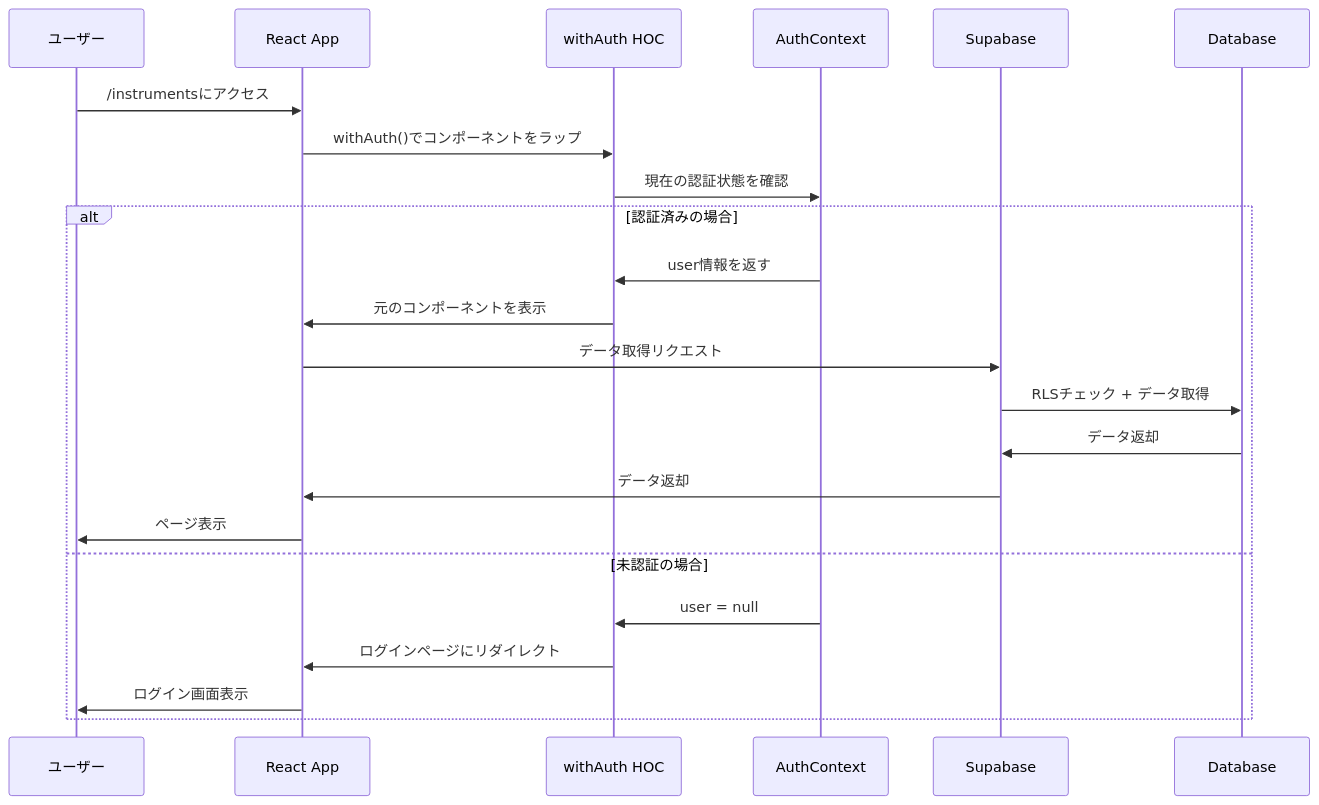
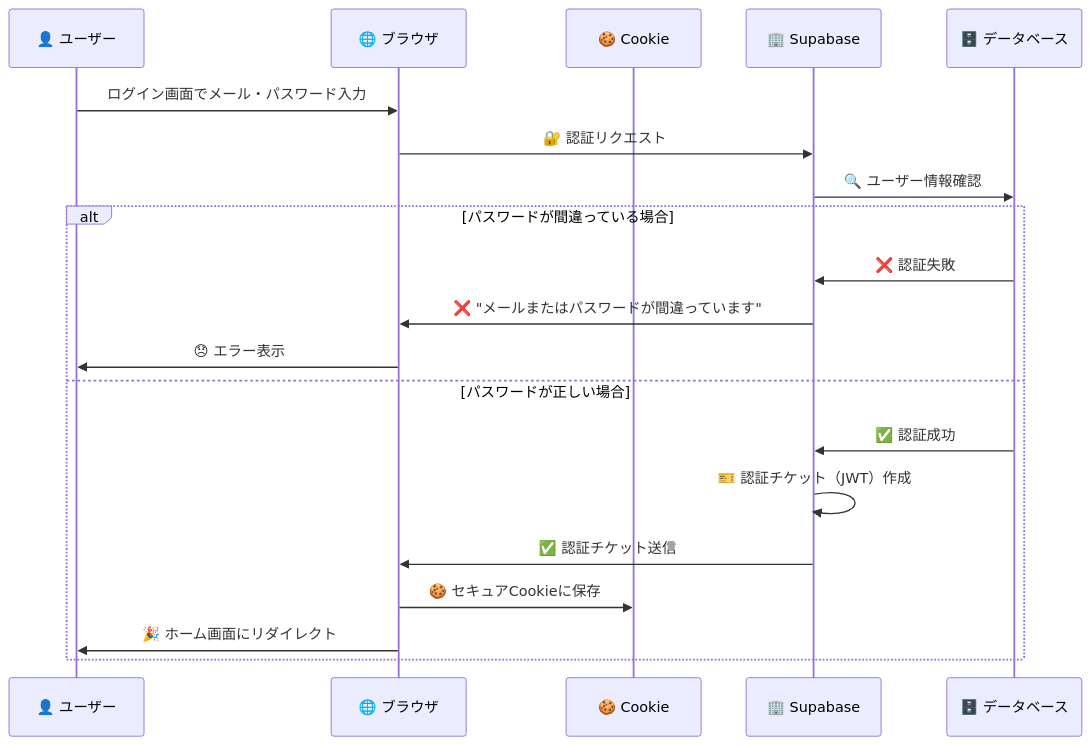
Before and after one commit to stopod/bucket-list-app: the second of 4 diagrams in docs/authentication-guide.md, drawn with Mermaid. The commit also changed other lines of this file, not shown here.

````diff
--- a/docs/authentication-guide.md
+++ b/docs/authentication-guide.md
@@ -165,27 +205,24 @@
 ```mermaid
 sequenceDiagram
-    participant U as ユーザー
-    participant R as React App
-    participant HOC as withAuth HOC
-    participant AC as AuthContext
-    participant S as Supabase
-    participant DB as Database
+    participant U as 👤 ユーザー
+    participant B as 🌐 ブラウザ
+    participant C as 🍪 Cookie
+    participant S as 🏢 Supabase
+    participant D as 🗄️ データベース
 
-    U->>R: /instrumentsにアクセス
-    R->>HOC: withAuth()でコンポーネントをラップ
-    HOC->>AC: 現在の認証状態を確認
+    U->>B: ログイン画面でメール・パスワード入力
+    B->>S: 🔐 認証リクエスト
+    S->>D: 🔍 ユーザー情報確認
     
-    alt 認証済みの場合
-        AC->>HOC: user情報を返す
-        HOC->>R: 元のコンポーネントを表示
-        R->>S: データ取得リクエスト
-        S->>DB: RLSチェック + データ取得
-        DB->>S: データ返却
-        S->>R: データ返却
-        R->>U: ページ表示
-    else 未認証の場合
-        AC->>HOC: user = null
-        HOC->>R: ログインページにリダイレクト
-        R->>U: ログイン画面表示
+    alt パスワードが間違っている場合
+        D->>S: ❌ 認証失敗
+        S->>B: ❌ "メールまたはパスワードが間違っています"
+        B->>U: 😞 エラー表示
+    else パスワードが正しい場合
+        D->>S: ✅ 認証成功
+        S->>S: 🎫 認証チケット（JWT）作成
+        S->>B: ✅ 認証チケット送信
+        B->>C: 🍪 セキュアCookieに保存
+        B->>U: 🎉 ホーム画面にリダイレクト
     end
 ```
````
